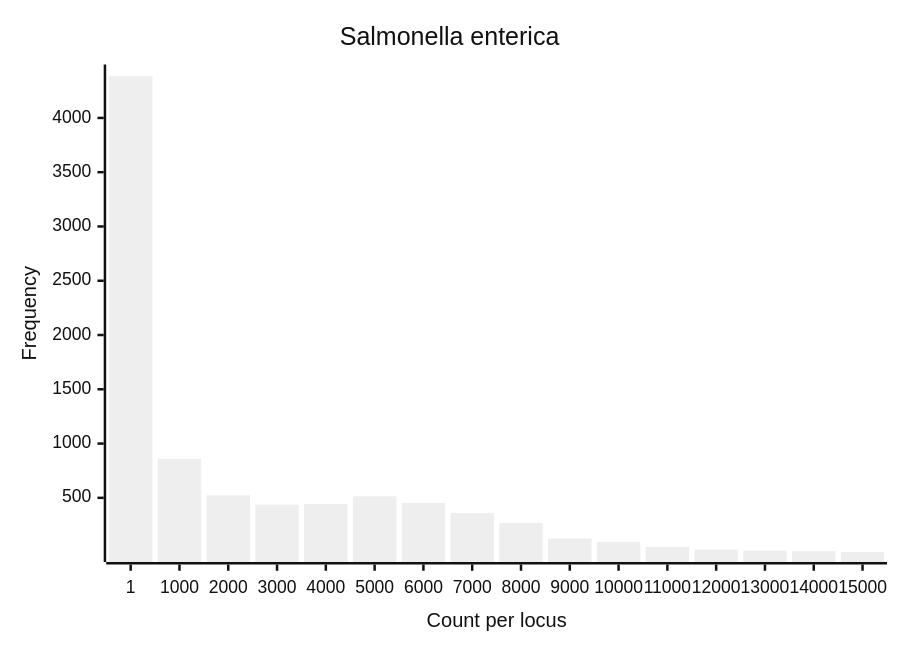
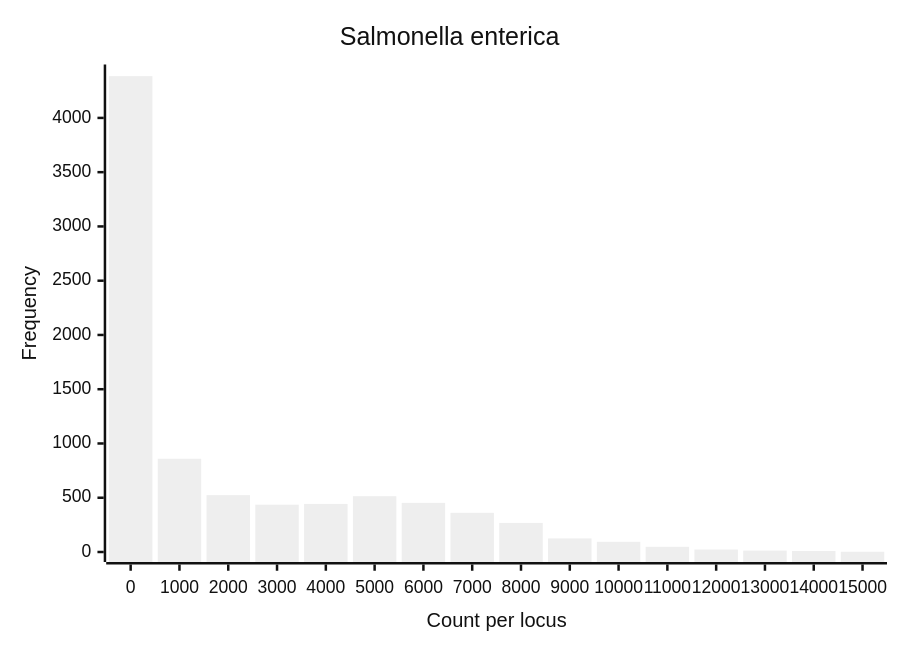
Before and after one commit to lskatz/lskatz.github.io: the diagram in _posts/2021-10-14-welcome-to-jekyll.markdown, drawn with Mermaid (neutral theme). The commit also changed other lines of this file and 2 other files, not shown here.

Commit message:
mermaid:true in config

````diff
--- a/_posts/2021-10-14-welcome-to-jekyll.markdown
+++ b/_posts/2021-10-14-welcome-to-jekyll.markdown
@@ -31,7 +31,7 @@
 ```mermaid
 xychart-beta
     title "Salmonella enterica"
-    x-axis "Count per locus" [1, 1000, 2000, 3000, 4000, 5000, 6000, 7000, 8000, 9000, 10000, 11000, 12000, 13000, 14000, 15000]
-    y-axis "Frequency" 1 --> 4400
+    x-axis "Count per locus" [0, 1000, 2000, 3000, 4000, 5000, 6000, 7000, 8000, 9000, 10000, 11000, 12000, 13000, 14000, 15000]
+    y-axis "Frequency" 0 --> 4400
     bar [4385, 859, 524, 436, 443, 514, 453, 361, 268, 125, 94, 48, 23, 13, 9, 2]
 ```
````
